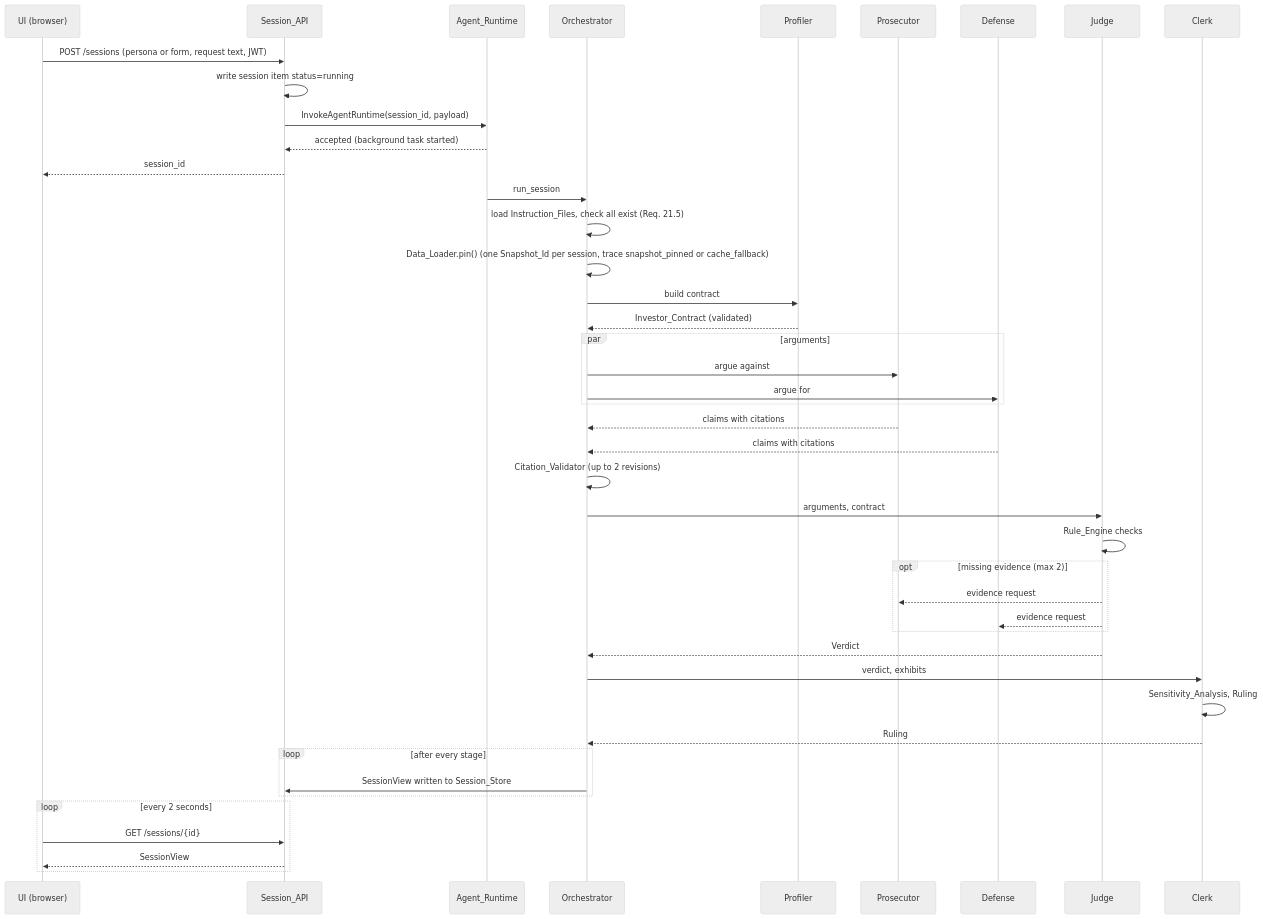
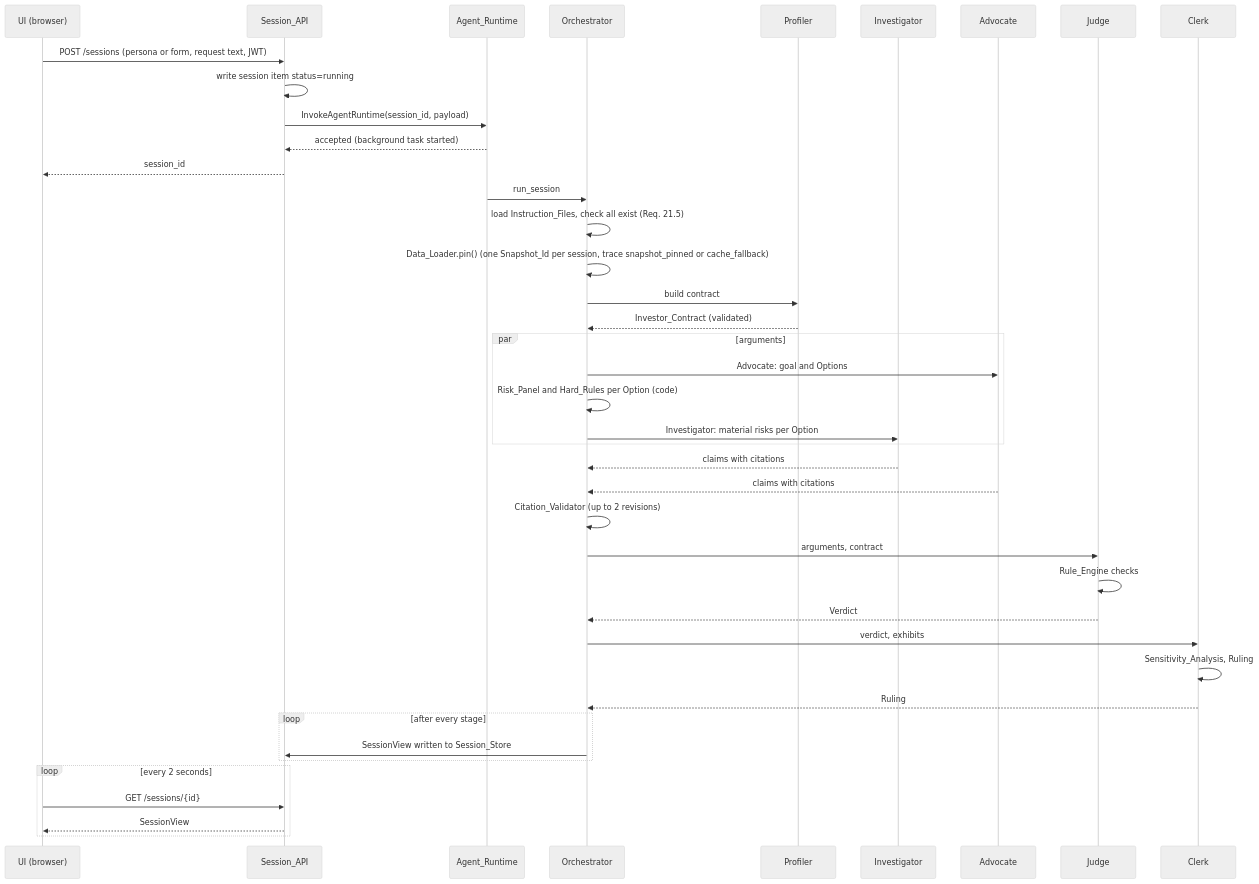
The second of 4 diagrams in .kiro/specs/agentic-investment-guide/design.md (hediamara1208-commits/Agent52), drawn with Mermaid (neutral theme) before and after one commit. The commit also changed other lines of this file and 3 other files, not shown here.

First line of the commit message:
Spec: fixed agent flow Advocate -> Investigator -> Judge (Req 4, 29, 36), Clerk as code template, risk panel, bounds, fallbacks, ablation

````diff
--- a/.kiro/specs/agentic-investment-guide/design.md
+++ b/.kiro/specs/agentic-investment-guide/design.md
@@ -167,46 +167,43 @@
 ```mermaid
 sequenceDiagram
     participant U as UI (browser)
     participant A as Session_API
     participant R as Agent_Runtime
     participant O as Orchestrator
     participant P as Profiler
-    participant X as Prosecutor
-    participant D as Defense
+    participant X as Investigator
+    participant D as Advocate
     participant J as Judge
     participant C as Clerk
     U->>A: POST /sessions (persona or form, request text, JWT)
     A->>A: write session item status=running
     A->>R: InvokeAgentRuntime(session_id, payload)
     R-->>A: accepted (background task started)
     A-->>U: session_id
     R->>O: run_session
     O->>O: load Instruction_Files, check all exist (Req. 21.5)
     O->>O: Data_Loader.pin() (one Snapshot_Id per session, trace snapshot_pinned or cache_fallback)
     O->>P: build contract
     P-->>O: Investor_Contract (validated)
     par arguments
-        O->>X: argue against
-        O->>D: argue for
+        O->>D: Advocate: goal and Options
+        O->>O: Risk_Panel and Hard_Rules per Option (code)
+        O->>X: Investigator: material risks per Option
     end
     X-->>O: claims with citations
     D-->>O: claims with citations
     O->>O: Citation_Validator (up to 2 revisions)
     O->>J: arguments, contract
     J->>J: Rule_Engine checks
-    opt missing evidence (max 2)
-        J-->>X: evidence request
-        J-->>D: evidence request
-    end
     J-->>O: Verdict
     O->>C: verdict, exhibits
     C->>C: Sensitivity_Analysis, Ruling
     C-->>O: Ruling
     loop after every stage
         O->>A: SessionView written to Session_Store
     end
     loop every 2 seconds
         U->>A: GET /sessions/{id}
         A-->>U: SessionView
     end
 ```
````
